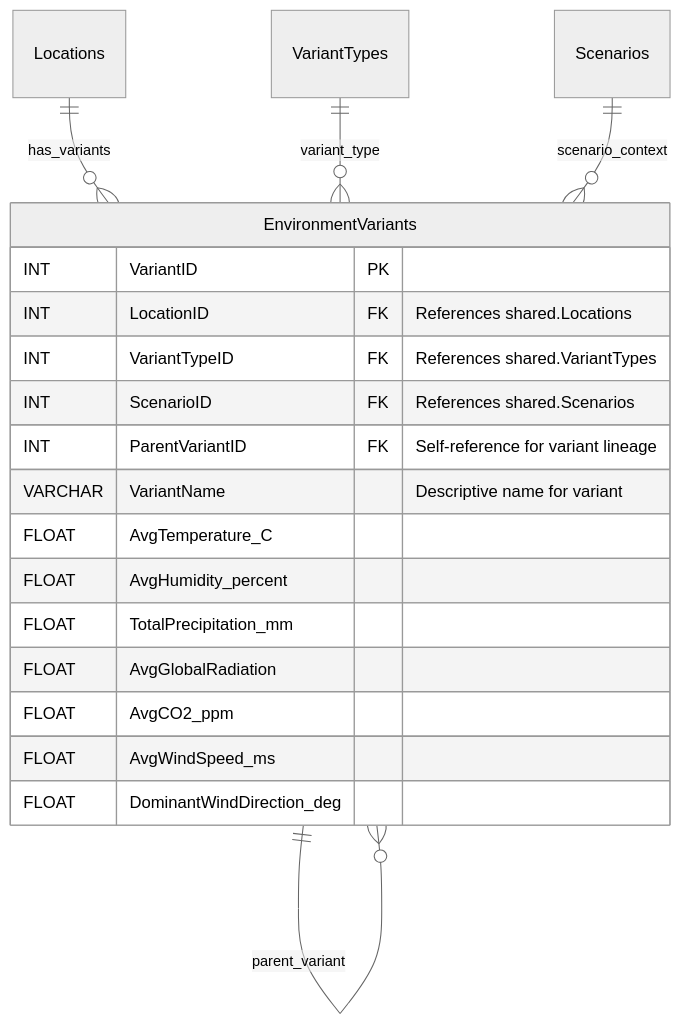
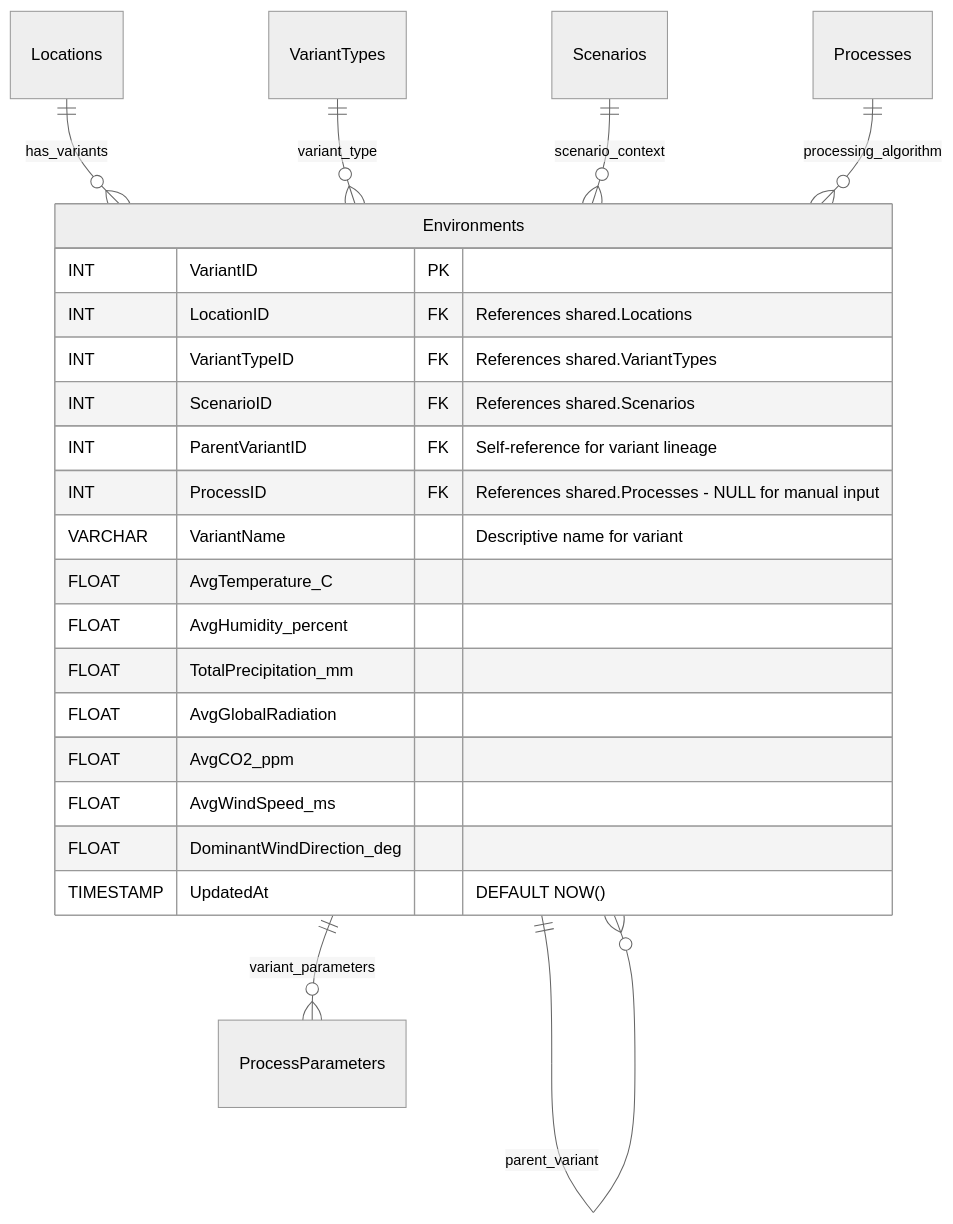
Before and after one commit to XRFutureForests/digital-twin-db: the tenth of 10 diagrams in docs/architecture/database.md, drawn with Mermaid. The commit also changed other lines of this file, not shown here.

Commit message:
fixes audit log design and adds processing parameter tracking

````diff
--- a/docs/architecture/database.md
+++ b/docs/architecture/database.md
@@ -335,30 +398,36 @@
 ```mermaid
 %%{init: {
   "theme": "neutral"
 }}%%
 erDiagram
     Locations
     VariantTypes
     Scenarios
+    Processes
+    ProcessParameters
 
-    EnvironmentVariants {
+    Environments {
         INT VariantID PK
         INT LocationID FK "References shared.Locations"
         INT VariantTypeID FK "References shared.VariantTypes"
         INT ScenarioID FK "References shared.Scenarios"
         INT ParentVariantID FK "Self-reference for variant lineage"
+        INT ProcessID FK "References shared.Processes - NULL for manual input"
         VARCHAR VariantName "Descriptive name for variant"
         FLOAT AvgTemperature_C
         FLOAT AvgHumidity_percent
         FLOAT TotalPrecipitation_mm
         FLOAT AvgGlobalRadiation
         FLOAT AvgCO2_ppm
         FLOAT AvgWindSpeed_ms
         FLOAT DominantWindDirection_deg
+        TIMESTAMP UpdatedAt "DEFAULT NOW()"
     }
 
-    Locations ||--o{ EnvironmentVariants : has_variants
-    VariantTypes ||--o{ EnvironmentVariants : variant_type
-    Scenarios ||--o{ EnvironmentVariants : scenario_context
-    EnvironmentVariants ||--o{ EnvironmentVariants : parent_variant
+    Locations ||--o{ Environments : has_variants
+    VariantTypes ||--o{ Environments : variant_type
+    Scenarios ||--o{ Environments : scenario_context
+    Processes ||--o{ Environments : processing_algorithm
+    Environments ||--o{ Environments : parent_variant
+    Environments ||--o{ ProcessParameters : variant_parameters
 ```
````
